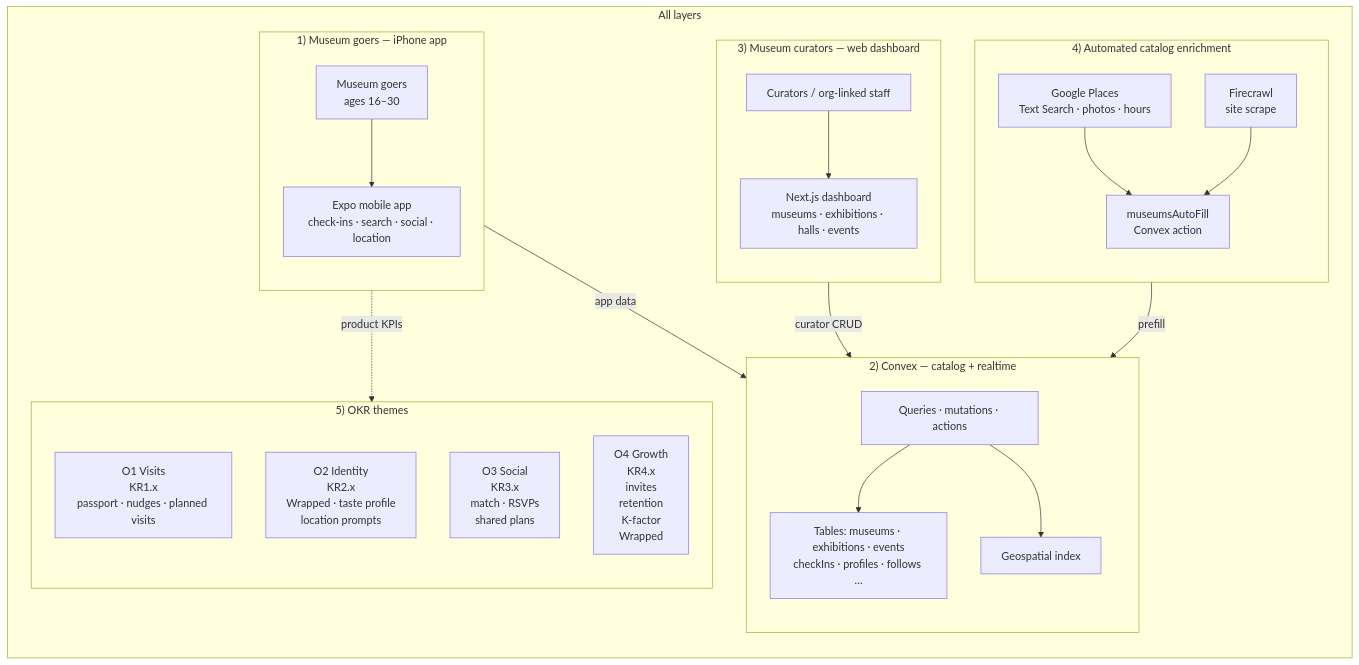
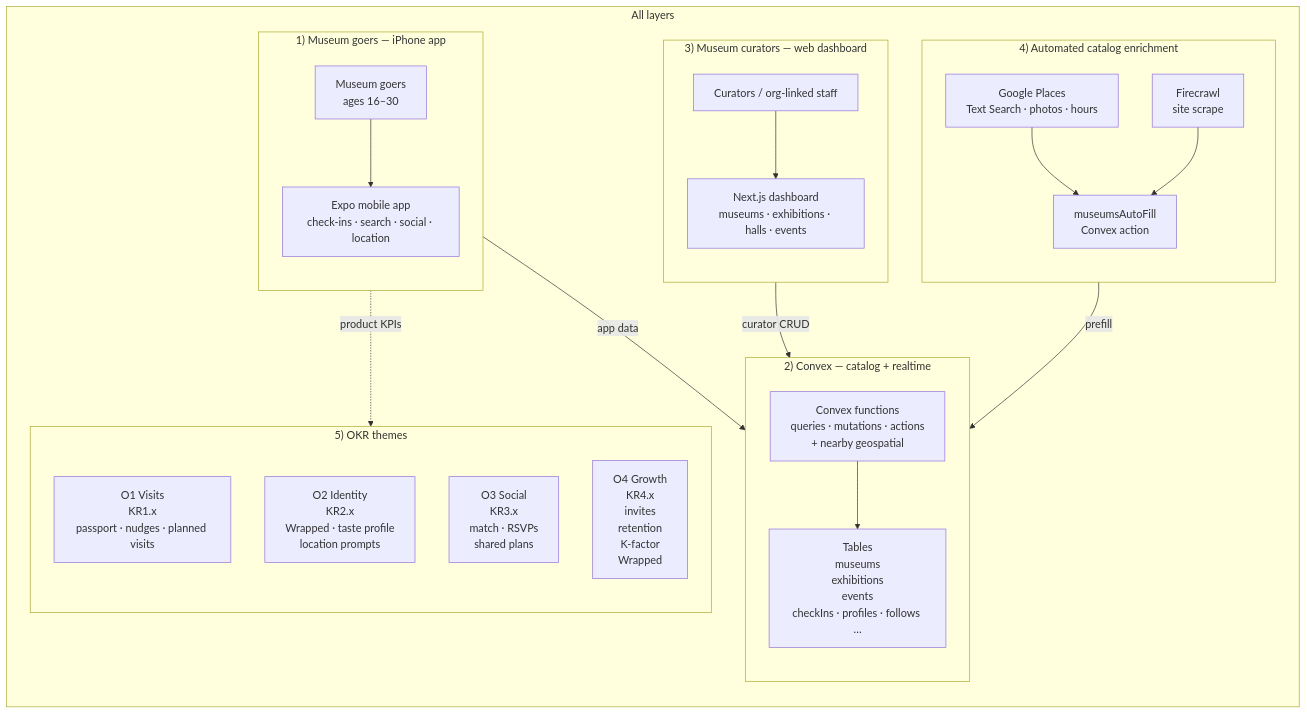
Before and after one commit to cs210/AAM-1: the first of 2 diagrams in README.md, drawn with Mermaid. The commit also changed other lines of this file, not shown here.

Commit message:
remove geospatial + formatting

````diff
--- a/README.md
+++ b/README.md
@@ -20,50 +20,48 @@
 ```mermaid
 flowchart TB
   subgraph arch["All layers"]
     direction TB
     subgraph goers["1) Museum goers — iPhone app"]
       direction TB
       MG["Museum goers<br/>ages 16–30"]
       IOS["Expo mobile app<br/>check-ins · search · social · location"]
       MG --> IOS
     end
 
     subgraph convex["2) Convex — catalog + realtime"]
       direction TB
-      FN["Queries · mutations · actions"]
-      CAT["Tables: museums · exhibitions · events<br/>checkIns · profiles · follows …"]
-      GEO["Geospatial index"]
+      FN["Convex functions<br/>queries · mutations · actions<br/>+ nearby geospatial"]
+      CAT["Tables<br/>museums<br/>exhibitions<br/>events<br/>checkIns · profiles · follows …"]
       FN --> CAT
-      FN --> GEO
     end
 
     subgraph curators["3) Museum curators — web dashboard"]
       direction TB
       CUR["Curators / org-linked staff"]
       WEB["Next.js dashboard<br/>museums · exhibitions · halls · events"]
       CUR --> WEB
     end
 
     subgraph ai["4) Automated catalog enrichment"]
       direction TB
       PLACES["Google Places<br/>Text Search · photos · hours"]
       FC["Firecrawl<br/>site scrape"]
       AUTO["museumsAutoFill<br/>Convex action"]
       PLACES --> AUTO
       FC --> AUTO
     end
 
     subgraph okr["5) OKR themes"]
       direction TB
       O1["O1 Visits<br/>KR1.x<br/>passport · nudges · planned visits"]
       O2["O2 Identity<br/>KR2.x<br/>Wrapped · taste profile<br/>location prompts"]
       O3["O3 Social<br/>KR3.x<br/>match · RSVPs<br/>shared plans"]
       O4["O4 Growth<br/>KR4.x<br/>invites<br/>retention<br/>K-factor<br/>Wrapped"]
     end
   end
 
   IOS -->|"app data"| FN
   WEB -->|"curator CRUD"| FN
   AUTO -->|"prefill"| FN
   IOS -.->|"product KPIs"| okr
 ```
````
